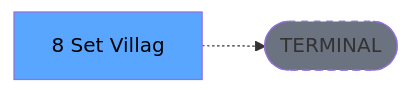
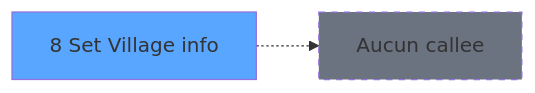
Before and after one commit to thonyAGP/magic-migration: the third of 3 diagrams in .openspec/specs/ADH-IDE-8.md, drawn with Mermaid. The commit also changed other lines of this file and 253 other files, not shown here.

````diff
--- a/.openspec/specs/ADH-IDE-8.md
+++ b/.openspec/specs/ADH-IDE-8.md
@@ -135,8 +262,8 @@
 ```mermaid
 graph LR
-    T[8      Set Villag]
-    TERM([TERMINAL])
-    T -.-> TERM
-    style TERM fill:#6b7280,stroke-dasharray: 5 5
-    style T fill:#58a6ff,color:#000
+    T8[8 Set Village info]
+    style T8 fill:#58a6ff
+    NONE[Aucun callee]
+    T8 -.-> NONE
+    style NONE fill:#6b7280,stroke-dasharray: 5 5
 ```
````
